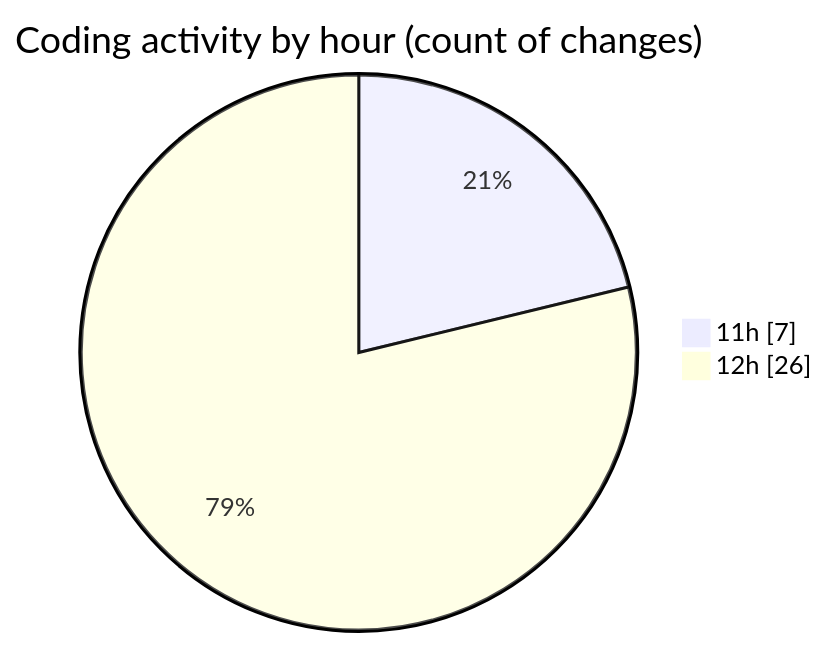
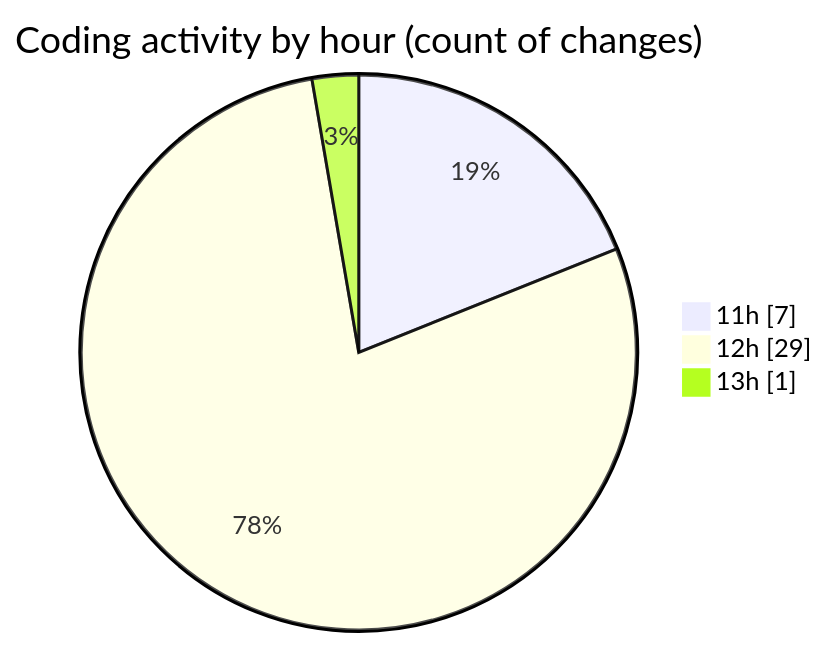
One commit to LanceThiago/code-tracking changed the second of 2 diagrams in 2025-01-08/nueva_carpeta/README.md. Above: the diagram before and after it, drawn with Mermaid. The commit also changed other lines of this file and 1 other file, not shown here.

````diff
--- a/2025-01-08/nueva_carpeta/README.md
+++ b/2025-01-08/nueva_carpeta/README.md
@@ -28,6 +28,7 @@
 ```mermaid
 pie showData
 title Coding activity by hour (count of changes)
 "11h" : 7
-"12h" : 26
+"12h" : 29
+"13h" : 1
 ```
````
